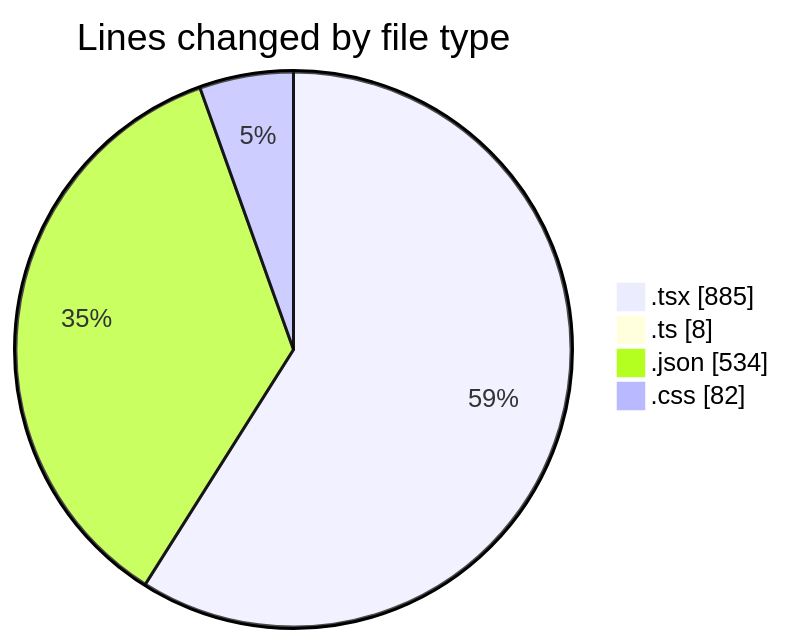
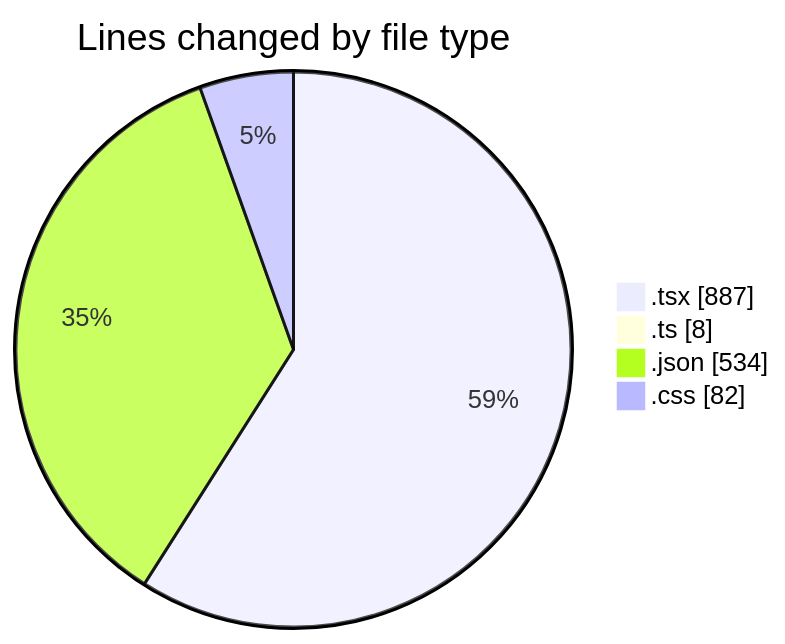
One commit to EIIisD/code-tracking changed the first of 2 diagrams in 2025-08-02/tw-server/README.md. Above: the diagram before and after it, drawn with Mermaid. The commit also changed other lines of this file and 1 other file, not shown here.

````diff
--- a/2025-08-02/tw-server/README.md
+++ b/2025-08-02/tw-server/README.md
@@ -25,8 +25,8 @@
 ```mermaid
 pie showData
 title Lines changed by file type
-".tsx" : 885
+".tsx" : 887
 ".ts" : 8
 ".json" : 534
 ".css" : 82
 ```
````
